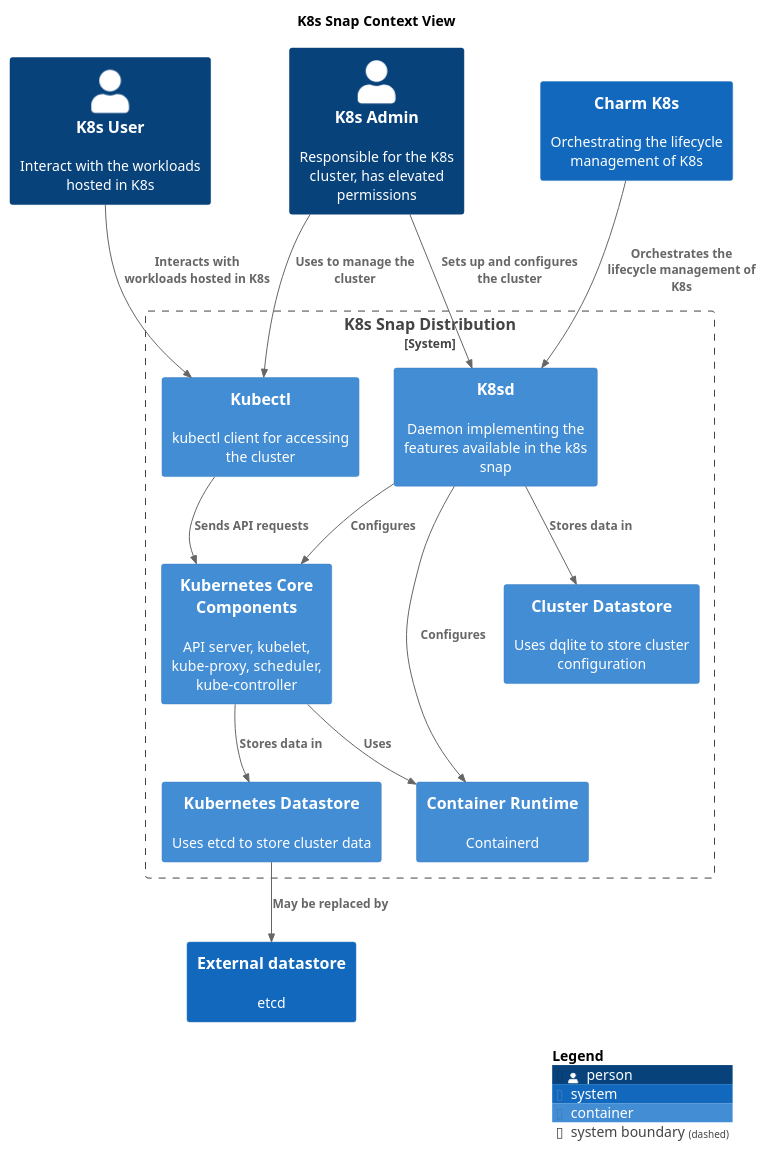
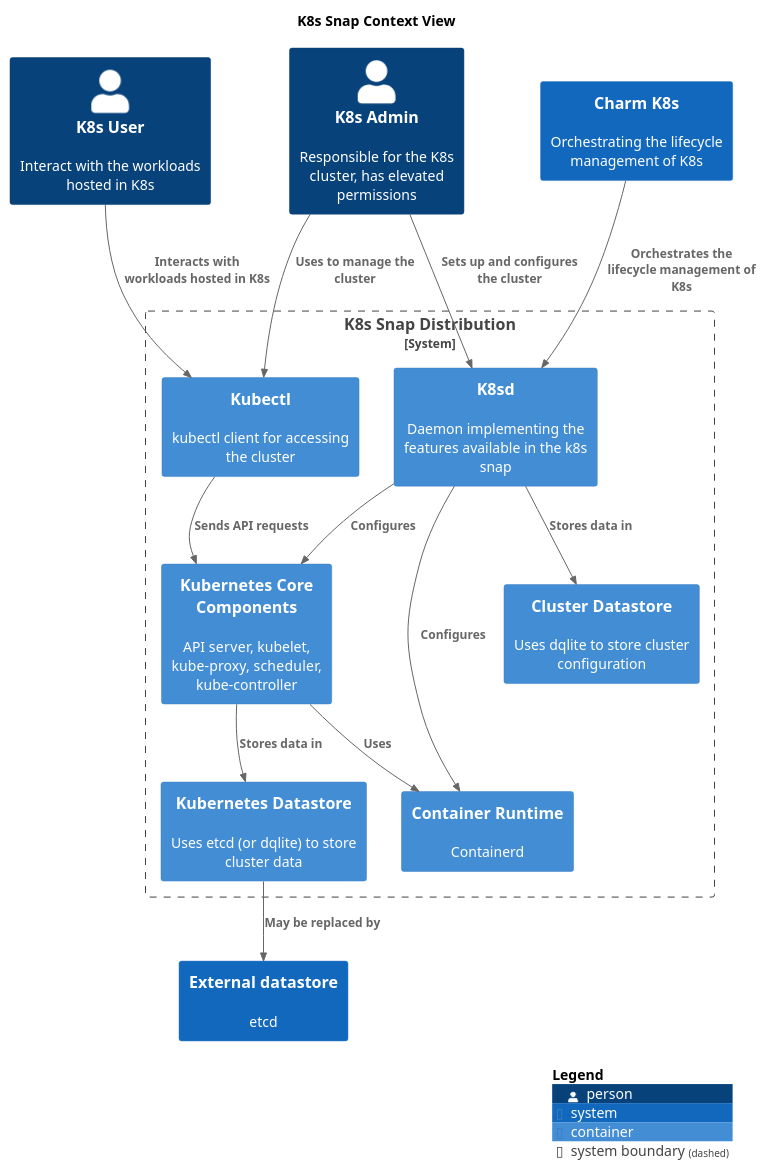
One commit to canonical/k8s-snap changed the diagram in docs/canonicalk8s/assets/k8s-container.puml. Above: the diagram before and after it, drawn with PlantUML. The commit also changed 6 other files, not shown here.

```diff
--- a/docs/canonicalk8s/assets/k8s-container.puml
+++ b/docs/canonicalk8s/assets/k8s-container.puml
@@ -1,38 +1,38 @@
 @startuml
 set separator none
 title K8s Snap Context View
 
 top to bottom direction
 
 !include <C4/C4>
 !include <C4/C4_Context>
 !include <C4/C4_Container>
 
 Person(K8sAdmin, "K8s Admin", $descr="Responsible for the K8s cluster, has elevated permissions", $tags="", $link="")
 Person(K8sUser, "K8s User", $descr="Interact with the workloads hosted in K8s", $tags="", $link="")
 System(CharmK8s, "Charm K8s", $descr="Orchestrating the lifecycle management of K8s", $tags="", $link="")
 System(Externaldatastore, "External datastore", $descr="etcd", $tags="", $link="")
 
 System_Boundary("K8sSnapDistribution_boundary", "K8s Snap Distribution", $tags="") {
   Container(K8sSnapDistribution.KubernetesCoreComponents, "Kubernetes Core Components", $techn="", $descr="API server, kubelet, kube-proxy, scheduler, kube-controller", $tags="", $link="")
   Container(K8sSnapDistribution.ContainerRuntime, "Container Runtime", $techn="", $descr="Containerd", $tags="", $link="")
   Container(K8sSnapDistribution.K8sd, "K8sd", $techn="", $descr="Daemon implementing the features available in the k8s snap", $tags="", $link="")
   Container(K8sSnapDistribution.K8sddatastore, "Cluster Datastore", $techn="", $descr="Uses dqlite to store cluster configuration", $tags="", $link="")
   Container(K8sSnapDistribution.Kubectl, "Kubectl", $techn="", $descr="kubectl client for accessing the cluster", $tags="", $link="")
-  Container(K8sSnapDistribution.Kubernetesdatastore, "Kubernetes Datastore", $techn="", $descr="Uses etcd to store cluster data", $tags="", $link="")
+  Container(K8sSnapDistribution.Kubernetesdatastore, "Kubernetes Datastore", $techn="", $descr="Uses etcd (or dqlite) to store cluster data", $tags="", $link="")
 }
 
 Rel(K8sAdmin, K8sSnapDistribution.K8sd, "Sets up and configures the cluster", $techn="", $tags="", $link="")
 Rel(K8sAdmin, K8sSnapDistribution.Kubectl, "Uses to manage the cluster", $techn="", $tags="", $link="")
 Rel(K8sUser, K8sSnapDistribution.Kubectl, "Interacts with workloads hosted in K8s", $techn="", $tags="", $link="")
 Rel(CharmK8s, K8sSnapDistribution.K8sd, "Orchestrates the lifecycle management of K8s", $techn="", $tags="", $link="")
 Rel(K8sSnapDistribution.K8sd, K8sSnapDistribution.K8sddatastore, "Stores data in", $techn="", $tags="", $link="")
 Rel(K8sSnapDistribution.KubernetesCoreComponents, K8sSnapDistribution.Kubernetesdatastore, "Stores data in", $techn="", $tags="", $link="")
 Rel(K8sSnapDistribution.Kubernetesdatastore, Externaldatastore, "May be replaced by", $techn="", $tags="", $link="")
 Rel(K8sSnapDistribution.K8sd, K8sSnapDistribution.KubernetesCoreComponents, "Configures", $techn="", $tags="", $link="")
 Rel(K8sSnapDistribution.KubernetesCoreComponents, K8sSnapDistribution.ContainerRuntime, "Uses", $techn="", $tags="", $link="")
 Rel(K8sSnapDistribution.Kubectl, K8sSnapDistribution.KubernetesCoreComponents, "Sends API requests", $techn="", $tags="", $link="")
 Rel(K8sSnapDistribution.K8sd, K8sSnapDistribution.ContainerRuntime, "Configures", $techn="", $tags="", $link="")
 
 SHOW_LEGEND(true)
 @enduml
```
